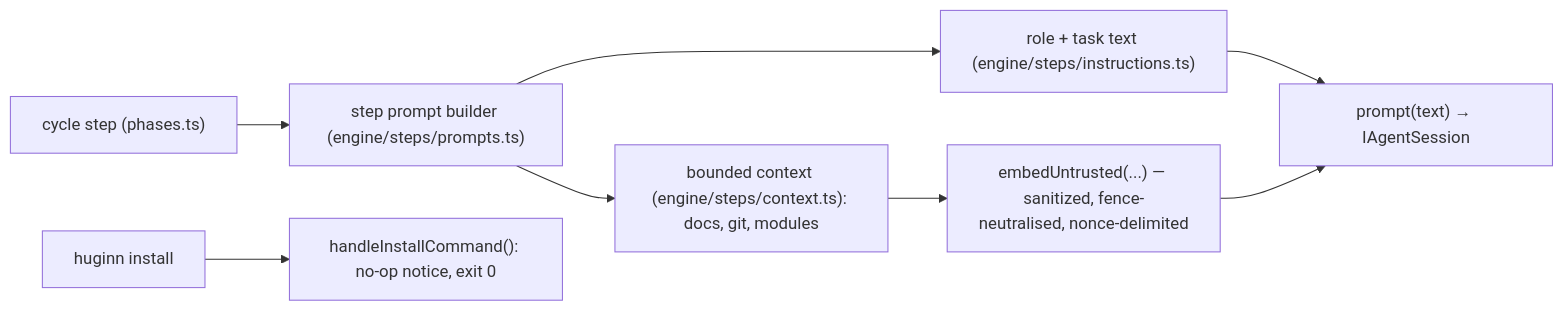
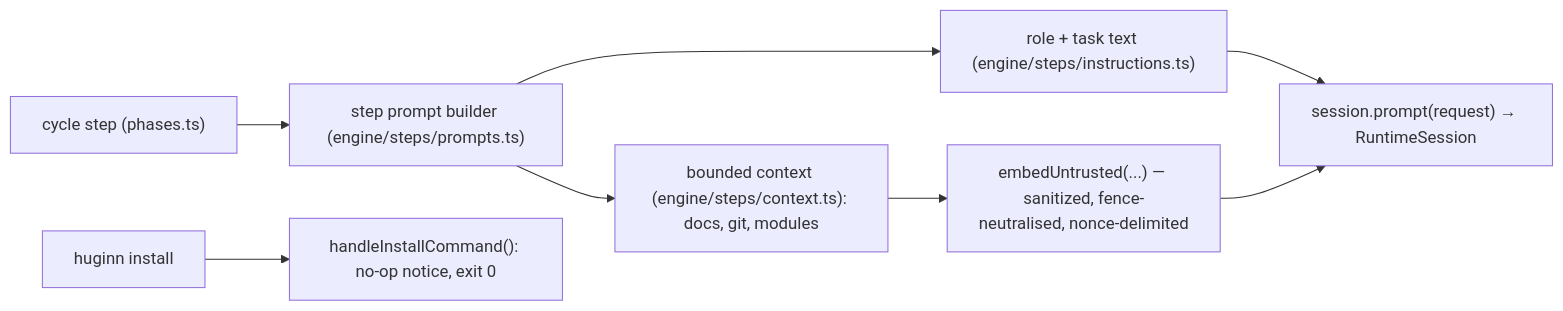
The eighth of 26 diagrams in DESIGN.md (dahch/huginn), drawn with Mermaid before and after one commit. The commit also changed other lines of this file and 5 other files, not shown here.

````diff
--- a/DESIGN.md
+++ b/DESIGN.md
@@ -643,10 +644,10 @@
 ```mermaid
 flowchart LR
     A["cycle step (phases.ts)"] --> B["step prompt builder (engine/steps/prompts.ts)"]
     B --> C["role + task text (engine/steps/instructions.ts)"]
     B --> D["bounded context (engine/steps/context.ts): docs, git, modules"]
     D --> E["embedUntrusted(...) — sanitized, fence-neutralised, nonce-delimited"]
-    C --> F["prompt(text) → IAgentSession"]
+    C --> F["session.prompt(request) → RuntimeSession"]
     E --> F
     G["huginn install"] --> H["handleInstallCommand(): no-op notice, exit 0"]
 ```
````
